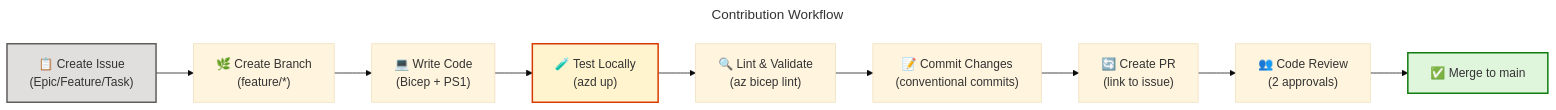
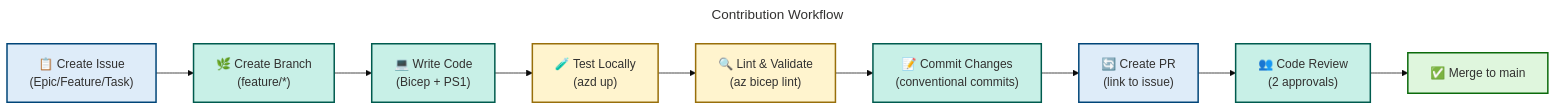
One commit to Evilazaro/DevExp-DevBox changed the second of 2 diagrams in README.md. Above: the diagram before and after it, drawn with Mermaid. The commit also changed other lines of this file, not shown here.

Commit message:
refactor: update architecture and contribution workflow diagrams in README.md with improved color scheme and accessibility compliance

````diff
--- a/README.md
+++ b/README.md
@@ -817,23 +838,51 @@
 ```mermaid
 ---
 title: "Contribution Workflow"
 config:
   theme: base
+  flowchart:
+    htmlLabels: false
+    curve: cardinal
+  themeVariables:
+    primaryColor: "#DEECF9"
+    primaryTextColor: "#323130"
+    primaryBorderColor: "#004578"
 ---
 flowchart LR
     accTitle: DevExp-DevBox Contribution Workflow
     accDescr: Development flow from issue creation through PR merge with testing and validation gates
 
-    Issue["📋 Create Issue<br/>(Epic/Feature/Task)"] --> Branch["🌿 Create Branch<br/>(feature/*)"]
-    Branch --> Code["💻 Write Code<br/>(Bicep + PS1)"]
-    Code --> Test["🧪 Test Locally<br/>(azd up)"]
-    Test --> Lint["🔍 Lint & Validate<br/>(az bicep lint)"]
-    Lint --> Commit["📝 Commit Changes<br/>(conventional commits)"]
-    Commit --> PR["🔄 Create PR<br/>(link to issue)"]
-    PR --> Review["👥 Code Review<br/>(2 approvals)"]
-    Review --> Merge["✅ Merge to main"]
+    %% ============================================
+    %% COLOR SCHEME (Microsoft Fluent UI / Azure)
+    %% Blue=Input/Planning, Green=Success/Output
+    %% Yellow=Warning/Validation, Teal=Process
+    %% ============================================
 
-    style Issue fill:#E1DFDD,stroke:#605E5C,stroke-width:2px
-    style Test fill:#FFF4CE,stroke:#D83B01,stroke-width:2px
-    style Merge fill:#DFF6DD,stroke:#107C10,stroke-width:2px
+    Issue["📋 Create Issue<br/>(Epic/Feature/Task)"]:::azureBlue
+    Branch["🌿 Create Branch<br/>(feature/*)"]:::presenceTeal
+    Code["💻 Write Code<br/>(Bicep + PS1)"]:::presenceTeal
+    Test["🧪 Test Locally<br/>(azd up)"]:::sharedYellow
+    Lint["🔍 Lint & Validate<br/>(az bicep lint)"]:::sharedYellow
+    Commit["📝 Commit Changes<br/>(conventional commits)"]:::presenceTeal
+    PR["🔄 Create PR<br/>(link to issue)"]:::azureBlue
+    Review["👥 Code Review<br/>(2 approvals)"]:::presenceTeal
+    Merge["✅ Merge to main"]:::successGreen
+
+    Issue --> Branch --> Code --> Test --> Lint --> Commit --> PR --> Review --> Merge
+
+    %% AZURE / FLUENT ARCHITECTURE PATTERN v1.1 (Required classDef Palette - 14 declarations)
+    classDef level1Group fill:#FFFFFF,stroke:#605E5C,stroke-width:3px,color:#323130
+    classDef level2Group fill:#F3F2F1,stroke:#605E5C,stroke-width:2px,color:#323130
+    classDef level3Group fill:#E1DFDD,stroke:#605E5C,stroke-width:2px,color:#323130
+    classDef level4Group fill:#D2D0CE,stroke:#605E5C,stroke-width:1px,color:#323130
+    classDef mainGroup fill:#FFFFFF,stroke:#605E5C,stroke-width:3px,color:#323130
+    classDef subGroup fill:#F3F2F1,stroke:#605E5C,stroke-width:2px,color:#323130
+    classDef azureBlue fill:#DEECF9,stroke:#004578,stroke-width:2px,color:#323130
+    classDef successGreen fill:#DFF6DD,stroke:#0B6A0B,stroke-width:2px,color:#323130
+    classDef errorRed fill:#FDE7E9,stroke:#A4262C,stroke-width:2px,color:#323130
+    classDef sharedYellow fill:#FFF4CE,stroke:#986F0B,stroke-width:2px,color:#323130
+    classDef warningOrange fill:#FFE0B2,stroke:#E64A19,stroke-width:2px,color:#323130
+    classDef neutralPurple fill:#E1DFDD,stroke:#5B5FC7,stroke-width:2px,color:#323130
+    classDef presenceTeal fill:#C8F0E7,stroke:#005B4E,stroke-width:2px,color:#323130
+    classDef neutralGrey fill:#F3F2F1,stroke:#605E5C,stroke-width:2px,color:#323130
 ```
````
